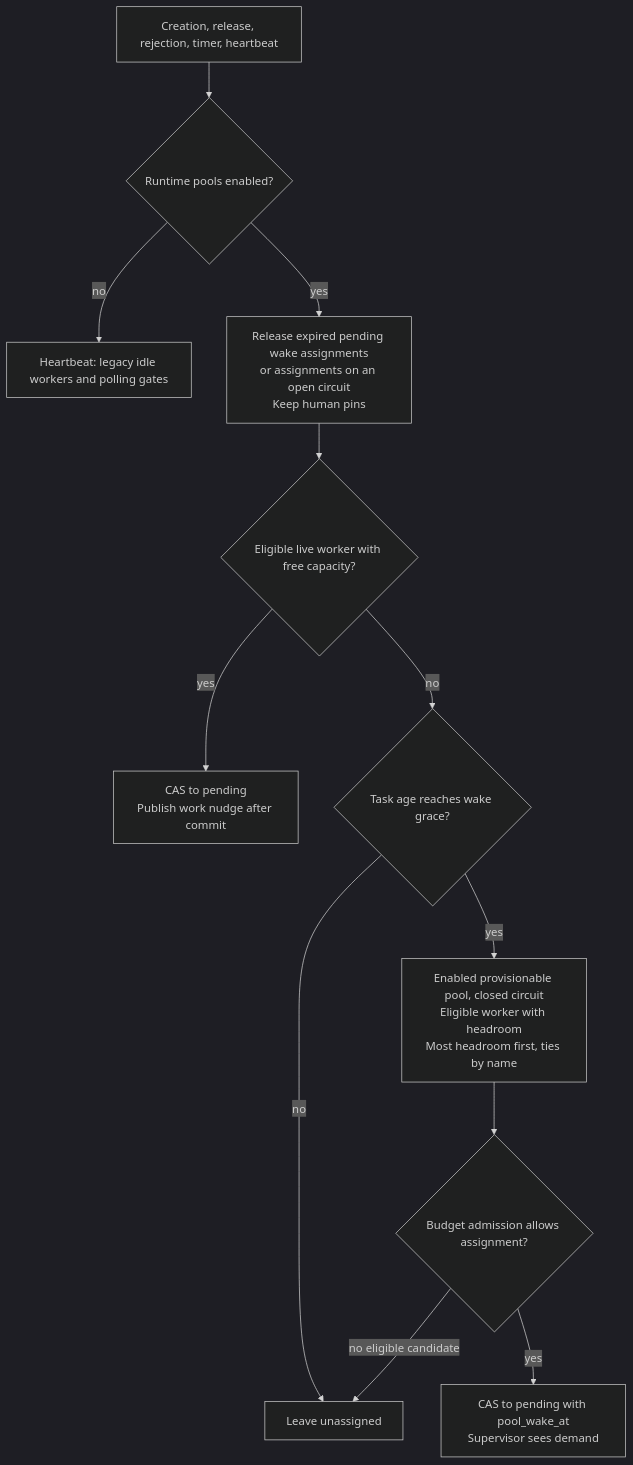
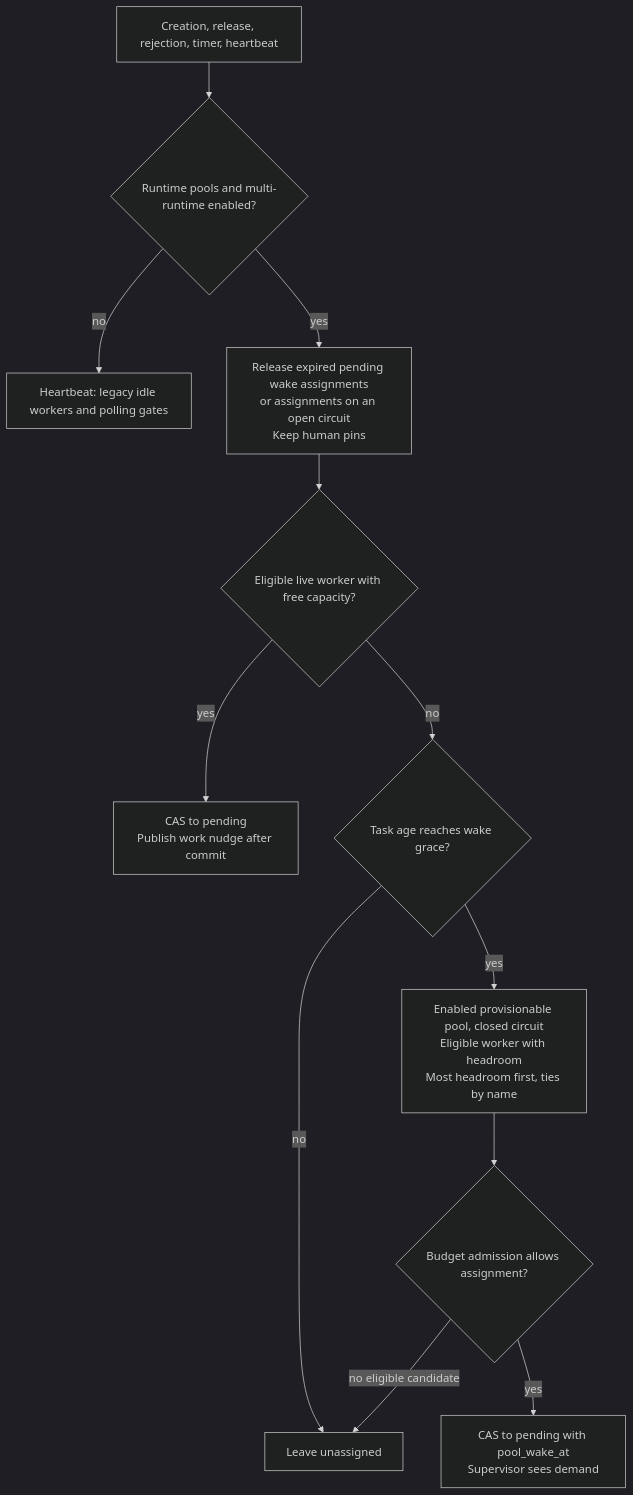
Before and after one commit to desplega-ai/agent-swarm: the fifth of 7 diagrams in runbooks/heartbeat-crash-recovery.md, drawn with Mermaid (dark theme). The commit also changed other lines of this file and 10 other files, not shown here.

Commit message:
[step-4] review fixes: reroute moves task, short write txns, catalog, runtime flag flips

````diff
--- a/runbooks/heartbeat-crash-recovery.md
+++ b/runbooks/heartbeat-crash-recovery.md
@@ -402,14 +404,14 @@
 ```mermaid
 flowchart TD
-  trigger["Creation, release, rejection, timer, heartbeat"] --> flag{"Runtime pools enabled?"}
+  trigger["Creation, release, rejection, timer, heartbeat"] --> flag{"Runtime pools and multi-runtime enabled?"}
   flag -->|no| legacy["Heartbeat: legacy idle workers and polling gates"]
   flag -->|yes| reroute["Release expired pending wake assignments<br/>or assignments on an open circuit<br/>Keep human pins"]
   reroute --> warm{"Eligible live worker with free capacity?"}
   warm -->|yes| assign["CAS to pending<br/>Publish work nudge after commit"]
   warm -->|no| grace{"Task age reaches wake grace?"}
   grace -->|no| queued["Leave unassigned"]
   grace -->|yes| wake["Enabled provisionable pool, closed circuit<br/>Eligible worker with headroom<br/>Most headroom first, ties by name"]
   wake --> budget{"Budget admission allows assignment?"}
   budget -->|yes| mark["CAS to pending with pool_wake_at<br/>Supervisor sees demand"]
   budget -->|no eligible candidate| queued
 ```
````
